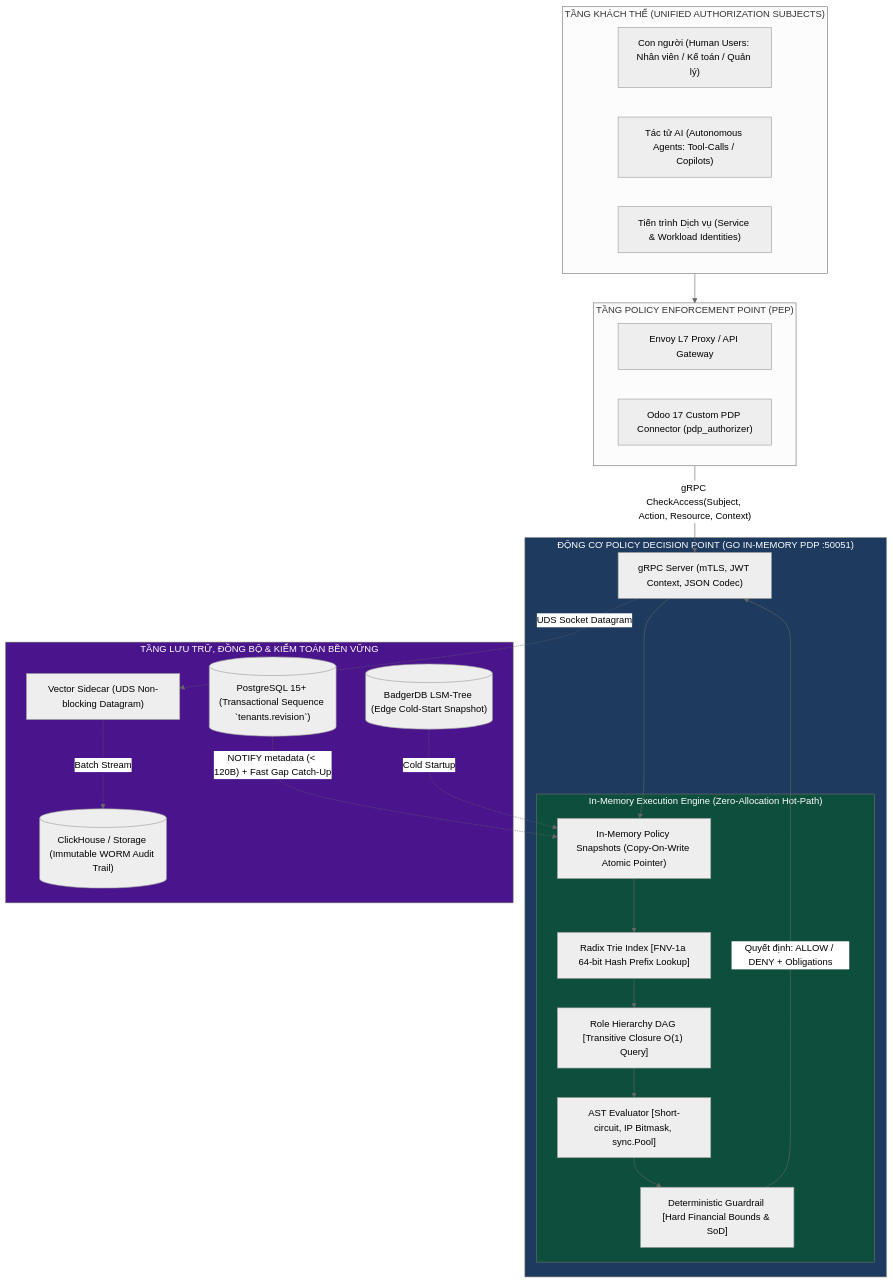
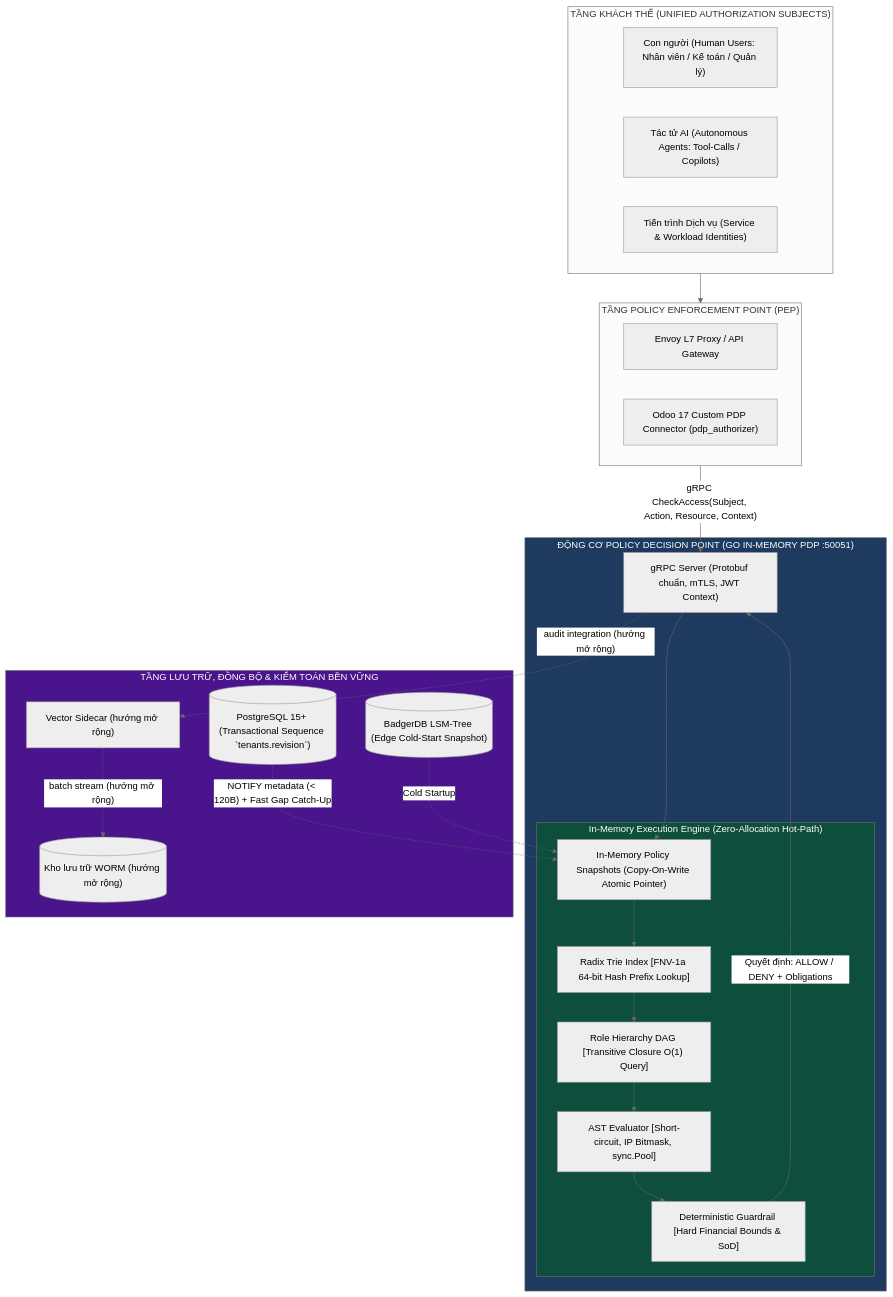
One commit to Rochthii/standalone-policy-engine changed the second of 2 diagrams in docs/thesis-proposal/DE_CUONG_CHI_TIET_DO_AN_TOT_NGHIEP_CHUAN_KHOA_HOC.md. Above: the diagram before and after it, drawn with Mermaid (neutral theme). The commit also changed other lines of this file and 25 other files, not shown here.

Commit message:
docs: align audit roadmap changelog and readiness evidence

````diff
--- a/docs/thesis-proposal/DE_CUONG_CHI_TIET_DO_AN_TOT_NGHIEP_CHUAN_KHOA_HOC.md
+++ b/docs/thesis-proposal/DE_CUONG_CHI_TIET_DO_AN_TOT_NGHIEP_CHUAN_KHOA_HOC.md
@@ -163,50 +171,50 @@
 ```mermaid
 flowchart TD
     subgraph Clients["TẦNG KHÁCH THỂ (UNIFIED AUTHORIZATION SUBJECTS)"]
         HumanStaff["Con người (Human Users: Nhân viên / Kế toán / Quản lý)"]
         AIAgent["Tác tử AI (Autonomous Agents: Tool-Calls / Copilots)"]
         ServiceWorkload["Tiến trình Dịch vụ (Service & Workload Identities)"]
     end
 
     subgraph Gateway["TẦNG POLICY ENFORCEMENT POINT (PEP)"]
         EnvoyPEP["Envoy L7 Proxy / API Gateway"]
         OdooModule["Odoo 17 Custom PDP Connector (pdp_authorizer)"]
     end
 
     subgraph PDP_Core["ĐỘNG CƠ POLICY DECISION POINT (GO IN-MEMORY PDP :50051)"]
-        GRPC["gRPC Server (mTLS, JWT Context, JSON Codec)"]
+        GRPC["gRPC Server (Protobuf chuẩn, mTLS, JWT Context)"]
         
         subgraph RAM_Engine["In-Memory Execution Engine (Zero-Allocation Hot-Path)"]
             Trie["Radix Trie Index [FNV-1a 64-bit Hash Prefix Lookup]"]
             DAG["Role Hierarchy DAG [Transitive Closure O(1) Query]"]
             AST["AST Evaluator [Short-circuit, IP Bitmask, sync.Pool]"]
             Guardrail["Deterministic Guardrail [Hard Financial Bounds & SoD]"]
             COW["In-Memory Policy Snapshots (Copy-On-Write Atomic Pointer)"]
         end
     end
 
     subgraph Storage["TẦNG LƯU TRỮ, ĐỒNG BỘ & KIỂM TOÁN BỀN VỮNG"]
         Postgres[("PostgreSQL 15+ (Transactional Sequence `tenants.revision`)")]
-        Vector["Vector Sidecar (UDS Non-blocking Datagram)"]
-        ClickHouse[("ClickHouse / Storage (Immutable WORM Audit Trail)")]
+        Vector["Vector Sidecar (hướng mở rộng)"]
+        ClickHouse[("Kho lưu trữ WORM (hướng mở rộng)")]
         Badger[("BadgerDB LSM-Tree (Edge Cold-Start Snapshot)")]
     end
 
     Clients --> Gateway
     Gateway -->|"gRPC CheckAccess(Subject, Action, Resource, Context)"| GRPC
     GRPC --> COW
     COW --> Trie
     Trie --> DAG
     DAG --> AST
     AST --> Guardrail
     Guardrail -->|"Quyết định: ALLOW / DENY + Obligations"| GRPC
 
-    GRPC -.->|"UDS Socket Datagram"| Vector
-    Vector -.->|"Batch Stream"| ClickHouse
+    GRPC -.->|"audit integration (hướng mở rộng)"| Vector
+    Vector -.->|"batch stream (hướng mở rộng)"| ClickHouse
     Postgres -.->|"NOTIFY metadata (< 120B) + Fast Gap Catch-Up"| COW
     Badger -.->|"Cold Startup"| COW
 
     style PDP_Core fill:#1e3a5f,color:#fff
     style RAM_Engine fill:#0d4f3c,color:#fff
     style Storage fill:#4a148c,color:#fff
 ```
````
